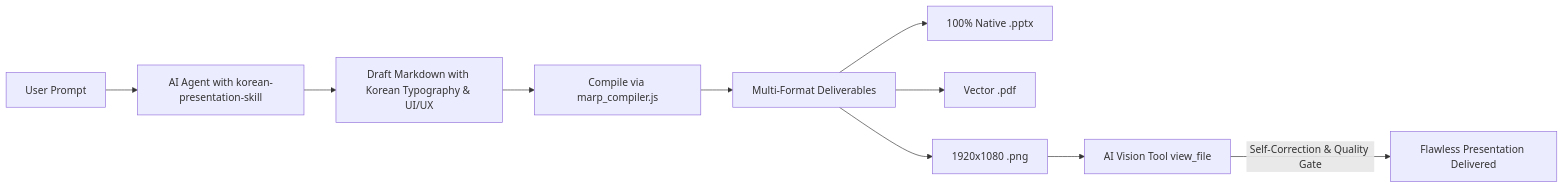
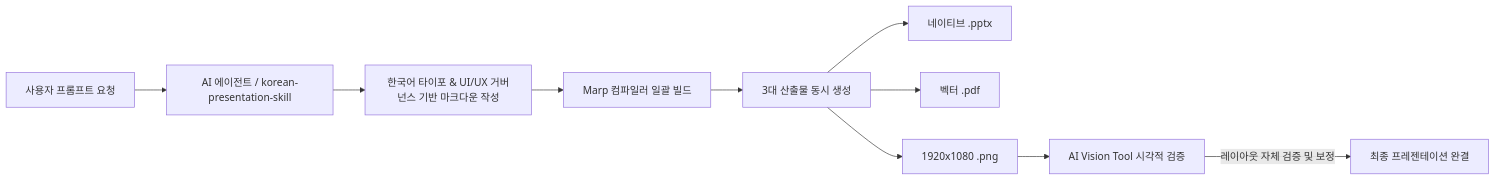
The diagram in README.md (kez-lab/korean-presentation-skill), drawn with Mermaid before and after one commit. The commit also changed other lines of this file and 22 other files, not shown here.

Commit message:
docs: overhaul README in pure professional Korean without emojis and add 4 domain presentation templates

````diff
--- a/README.md
+++ b/README.md
@@ -60,12 +41,12 @@
 ```mermaid
 flowchart LR
-    A[User Prompt] --> B[AI Agent with korean-presentation-skill]
-    B --> C[Draft Markdown with Korean Typography & UI/UX]
-    C --> D[Compile via marp_compiler.js]
-    D --> E[Multi-Format Deliverables]
-    E --> E1[100% Native .pptx]
-    E --> E2[Vector .pdf]
+    A[사용자 프롬프트 요청] --> B[AI 에이전트 / korean-presentation-skill]
+    B --> C[한국어 타이포 & UI/UX 거버넌스 기반 마크다운 작성]
+    C --> D[Marp 컴파일러 일괄 빌드]
+    D --> E[3대 산출물 동시 생성]
+    E --> E1[네이티브 .pptx]
+    E --> E2[벡터 .pdf]
     E --> E3[1920x1080 .png]
-    E3 --> F[AI Vision Tool view_file]
-    F -->|Self-Correction & Quality Gate| G[Flawless Presentation Delivered]
+    E3 --> F[AI Vision Tool 시각적 검증]
+    F -->|레이아웃 자체 검증 및 보정| G[최종 프레젠테이션 완결]
 ```
````
